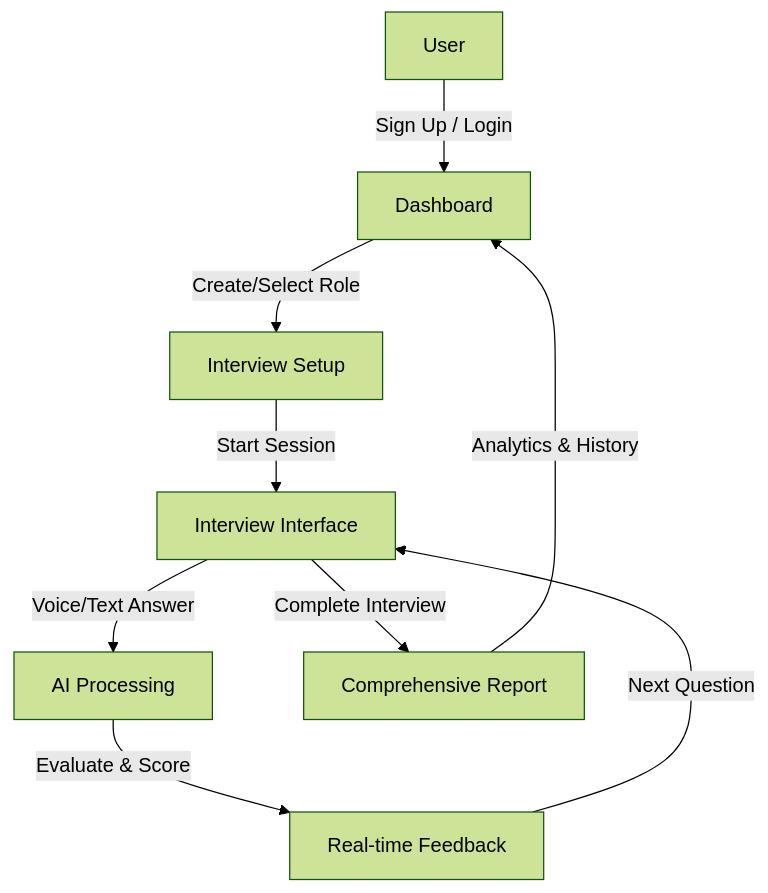
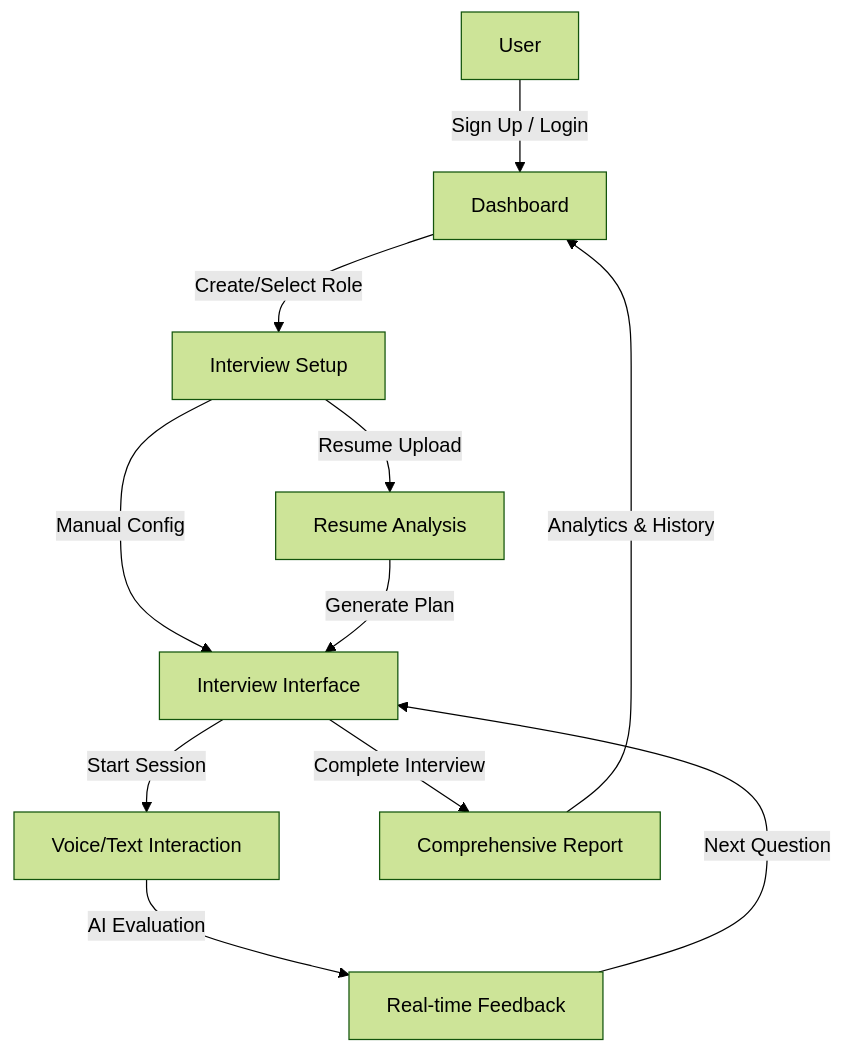
One commit to vaibhav1881/PrepWise changed the diagram in README.md. Above: the diagram before and after it, drawn with Mermaid (forest theme). The commit also changed other lines of this file and 4 other files, not shown here.

Commit message:
Add Resume Analysis Interview Feature and Updated Documentation

````diff
--- a/README.md
+++ b/README.md
@@ -7,11 +7,13 @@
 ```mermaid
 graph TD
     A[User] -->|Sign Up / Login| B[Dashboard]
     B -->|Create/Select Role| C[Interview Setup]
-    C -->|Start Session| D[Interview Interface]
-    D -->|Voice/Text Answer| E[AI Processing]
-    E -->|Evaluate & Score| F[Real-time Feedback]
-    F -->|Next Question| D
-    D -->|Complete Interview| G[Comprehensive Report]
-    G -->|Analytics & History| B
+    C -->|Manual Config| D[Interview Interface]
+    C -->|Resume Upload| E[Resume Analysis]
+    E -->|Generate Plan| D
+    D -->|Start Session| F[Voice/Text Interaction]
+    F -->|AI Evaluation| G[Real-time Feedback]
+    G -->|Next Question| D
+    D -->|Complete Interview| H[Comprehensive Report]
+    H -->|Analytics & History| B
 ```
````
